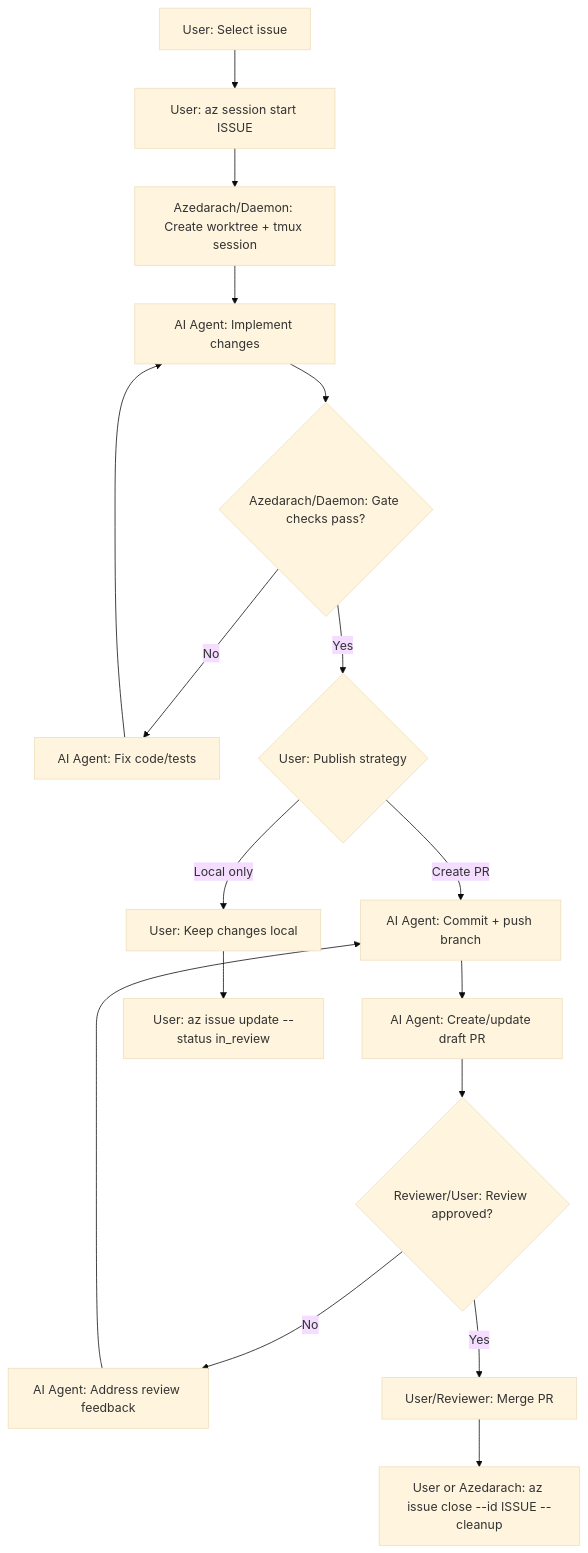
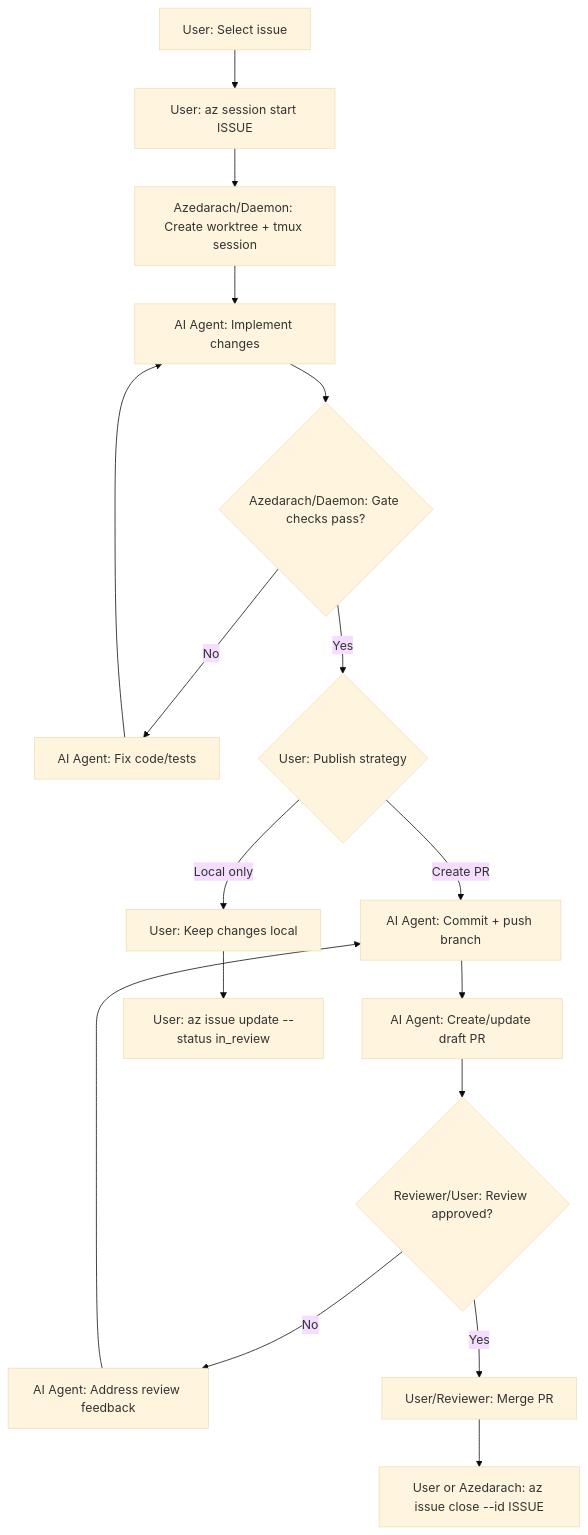
Before and after one commit to riordanpawley/azedarach: the third of 6 diagrams in README.md, drawn with Mermaid (base theme). The commit also changed other lines of this file and 16 other files, not shown here.

Commit message:
ckq: make close integrate before cleanup

````diff
--- a/README.md
+++ b/README.md
@@ -148,19 +148,19 @@
 ```mermaid
 flowchart TD
   A[User: Select issue] --> B[User: az session start ISSUE]
   B --> C[Azedarach/Daemon: Create worktree + tmux session]
   C --> D[AI Agent: Implement changes]
   D --> E{Azedarach/Daemon: Gate checks pass?}
   E -->|No| F[AI Agent: Fix code/tests]
   F --> D
   E -->|Yes| G{User: Publish strategy}
   G -->|Create PR| H[AI Agent: Commit + push branch]
   H --> I[AI Agent: Create/update draft PR]
   I --> J{Reviewer/User: Review approved?}
   J -->|No| K[AI Agent: Address review feedback]
   K --> H
   J -->|Yes| L[User/Reviewer: Merge PR]
-  L --> M[User or Azedarach: az issue close --id ISSUE --cleanup]
+  L --> M[User or Azedarach: az issue close --id ISSUE]
   G -->|Local only| N[User: Keep changes local]
   N --> O[User: az issue update --status in_review]
 ```
````
